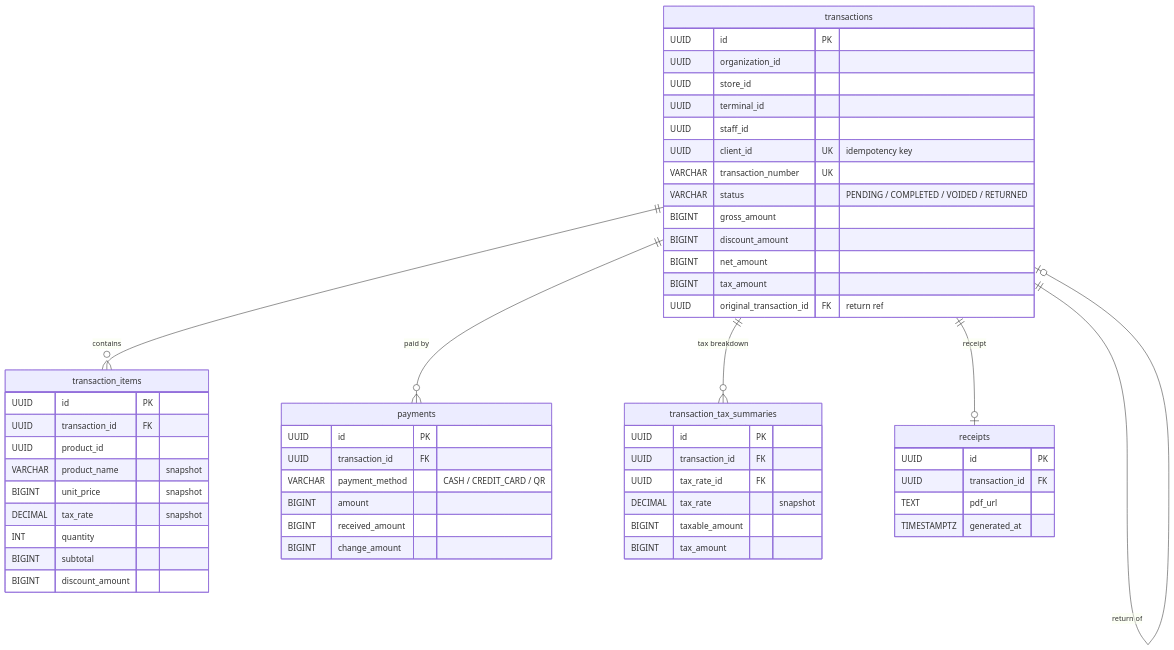
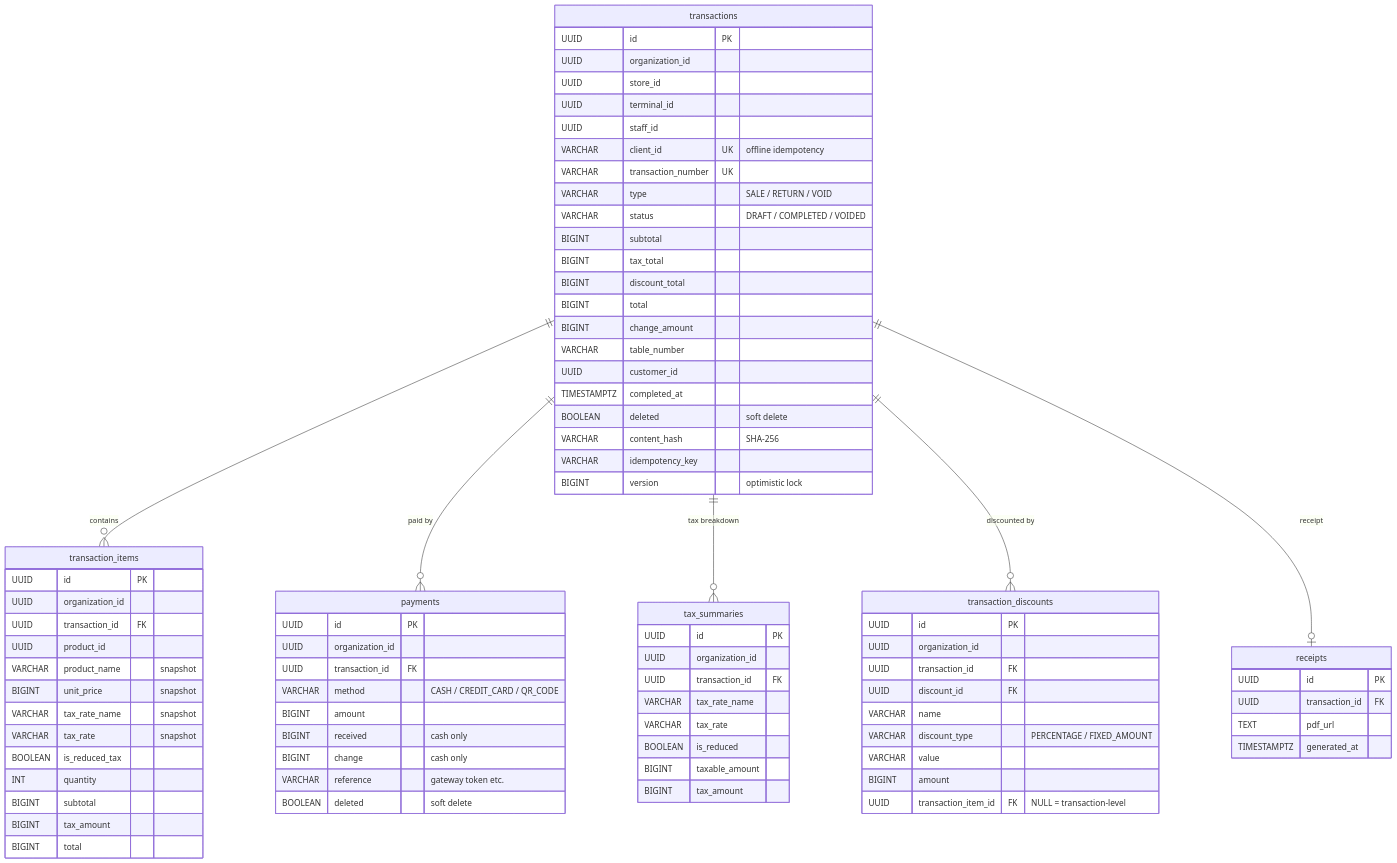
One commit to akaitigo/open-pos changed the third of 5 diagrams in docs/architecture/data-model.md. Above: the diagram before and after it, drawn with Mermaid. The commit also changed other lines of this file and 2 other files, not shown here.

First line of the commit message:
fix(docs): align ER diagram and compliance SQL with implementation code (#1127)

```diff
--- a/docs/architecture/data-model.md
+++ b/docs/architecture/data-model.md
@@ -217,9 +241,9 @@
 erDiagram
     transactions ||--o{ transaction_items : "contains"
     transactions ||--o{ payments : "paid by"
-    transactions ||--o{ transaction_tax_summaries : "tax breakdown"
+    transactions ||--o{ tax_summaries : "tax breakdown"
+    transactions ||--o{ transaction_discounts : "discounted by"
     transactions ||--o| receipts : "receipt"
-    transactions ||--o| transactions : "return of"
 
     transactions {
         UUID id PK
@@ -227,41 +251,69 @@
         UUID store_id
         UUID terminal_id
         UUID staff_id
-        UUID client_id UK "idempotency key"
+        VARCHAR client_id UK "offline idempotency"
         VARCHAR transaction_number UK
-        VARCHAR status "PENDING / COMPLETED / VOIDED / RETURNED"
-        BIGINT gross_amount
-        BIGINT discount_amount
-        BIGINT net_amount
-        BIGINT tax_amount
-        UUID original_transaction_id FK "return ref"
+        VARCHAR type "SALE / RETURN / VOID"
+        VARCHAR status "DRAFT / COMPLETED / VOIDED"
+        BIGINT subtotal
+        BIGINT tax_total
+        BIGINT discount_total
+        BIGINT total
+        BIGINT change_amount
+        VARCHAR table_number
+        UUID customer_id
+        TIMESTAMPTZ completed_at
+        BOOLEAN deleted "soft delete"
+        VARCHAR content_hash "SHA-256"
+        VARCHAR idempotency_key
+        BIGINT version "optimistic lock"
     }
     transaction_items {
         UUID id PK
+        UUID organization_id
         UUID transaction_id FK
         UUID product_id
         VARCHAR product_name "snapshot"
         BIGINT unit_price "snapshot"
-        DECIMAL tax_rate "snapshot"
+        VARCHAR tax_rate_name "snapshot"
+        VARCHAR tax_rate "snapshot"
+        BOOLEAN is_reduced_tax
         INT quantity
         BIGINT subtotal
-        BIGINT discount_amount
+        BIGINT tax_amount
+        BIGINT total
     }
     payments {
         UUID id PK
+        UUID organization_id
         UUID transaction_id FK
-        VARCHAR payment_method "CASH / CREDIT_CARD / QR"
+        VARCHAR method "CASH / CREDIT_CARD / QR_CODE"
         BIGINT amount
-        BIGINT received_amount
-        BIGINT change_amount
+        BIGINT received "cash only"
+        BIGINT change "cash only"
+        VARCHAR reference "gateway token etc."
+        BOOLEAN deleted "soft delete"
     }
-    transaction_tax_summaries {
+    tax_summaries {
         UUID id PK
+        UUID organization_id
         UUID transaction_id FK
-        UUID tax_rate_id FK
-        DECIMAL tax_rate "snapshot"
+        VARCHAR tax_rate_name
+        VARCHAR tax_rate
+        BOOLEAN is_reduced
         BIGINT taxable_amount
         BIGINT tax_amount
+    }
+    transaction_discounts {
+        UUID id PK
+        UUID organization_id
+        UUID transaction_id FK
+        UUID discount_id FK
+        VARCHAR name
+        VARCHAR discount_type "PERCENTAGE / FIXED_AMOUNT"
+        VARCHAR value
+        BIGINT amount
+        UUID transaction_item_id FK "NULL = transaction-level"
     }
     receipts {
         UUID id PK
```
